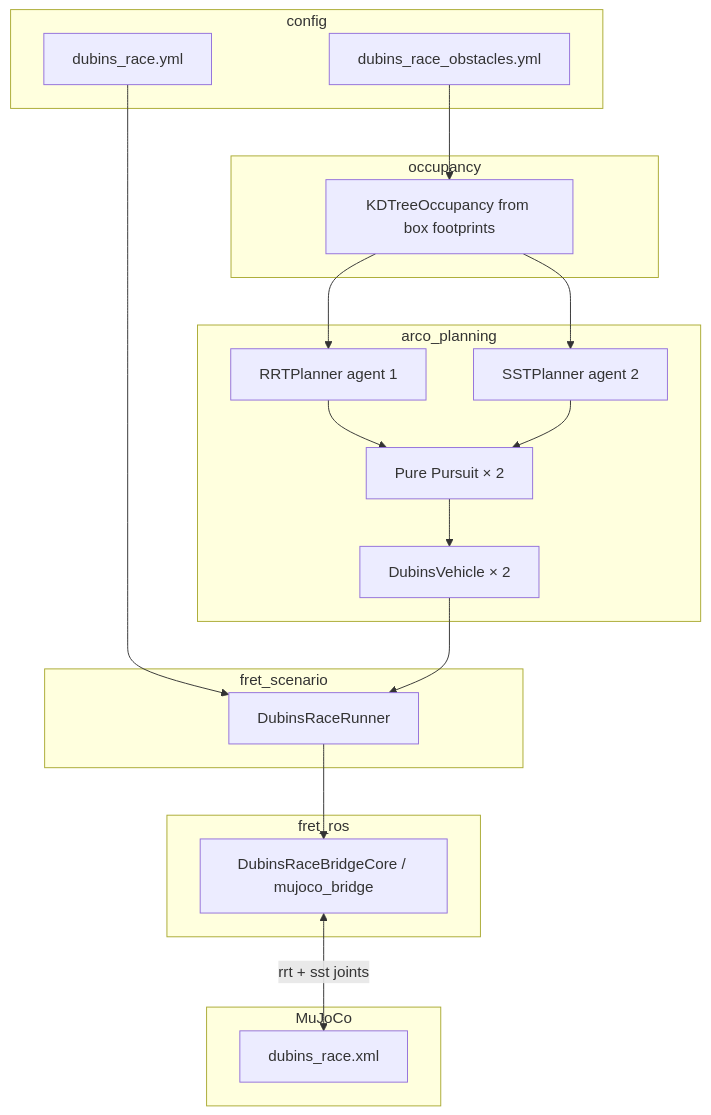
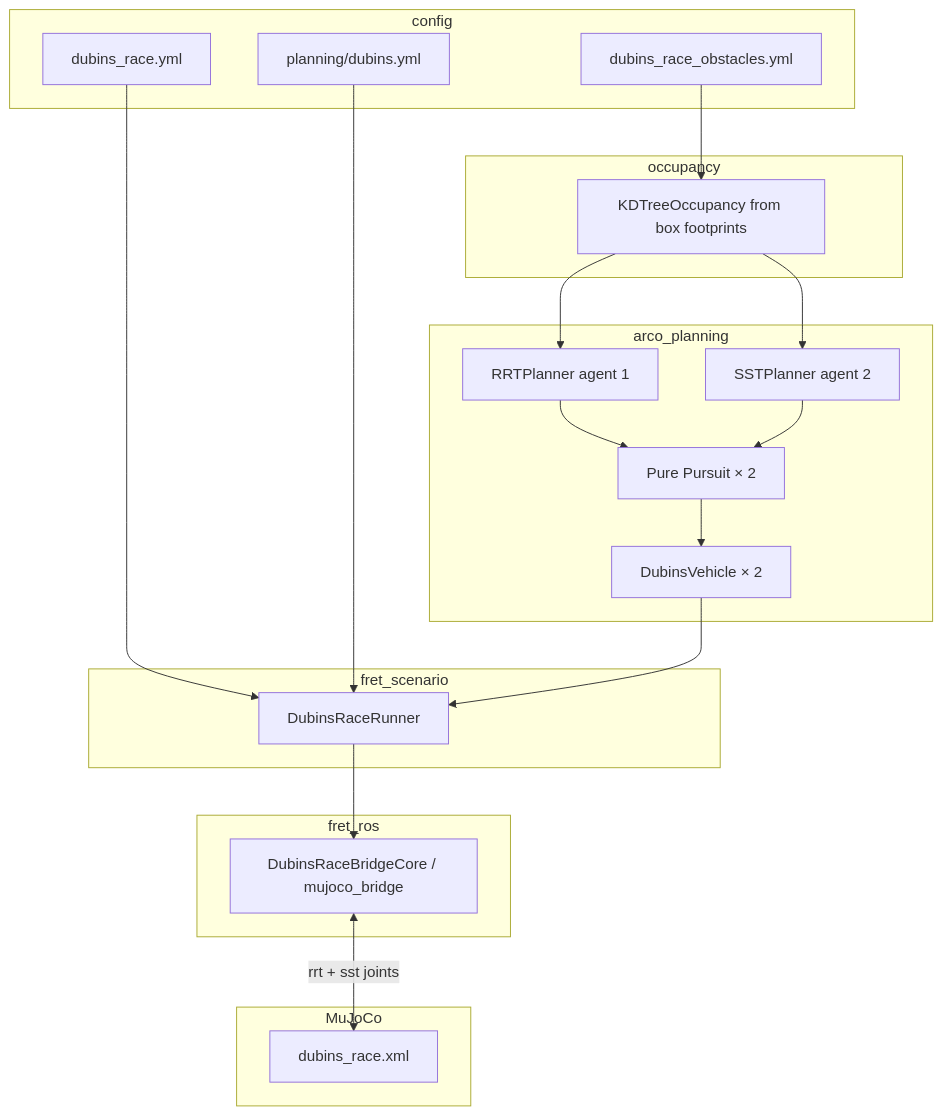
One commit to alexandrelheinen/fret changed the second of 2 diagrams in README.md. Above: the diagram before and after it, drawn with Mermaid. The commit also changed other lines of this file and 49 other files, not shown here.

````diff
--- a/README.md
+++ b/README.md
@@ -151,41 +218,43 @@
 ```mermaid
 flowchart TB
     subgraph config
         SY[dubins_race.yml]
+        PL[planning/dubins.yml]
         WY[dubins_race_obstacles.yml]
     end
 
     subgraph fret_scenario
         DR[DubinsRaceRunner]
     end
 
     subgraph occupancy
         KD[KDTreeOccupancy from box footprints]
     end
 
     subgraph arco_planning
         RRT[RRTPlanner agent 1]
         SST[SSTPlanner agent 2]
         PP[Pure Pursuit × 2]
         DV[DubinsVehicle × 2]
     end
 
     subgraph fret_ros
         DB[DubinsRaceBridgeCore / mujoco_bridge]
     end
 
     subgraph MuJoCo
         MJ[dubins_race.xml]
     end
 
     SY --> DR
+    PL --> DR
     WY --> KD
     KD --> RRT
     KD --> SST
     RRT --> PP
     SST --> PP
     PP --> DV
     DV --> DR
     DR --> DB
     DB <-->|rrt + sst joints| MJ
 ```
````
